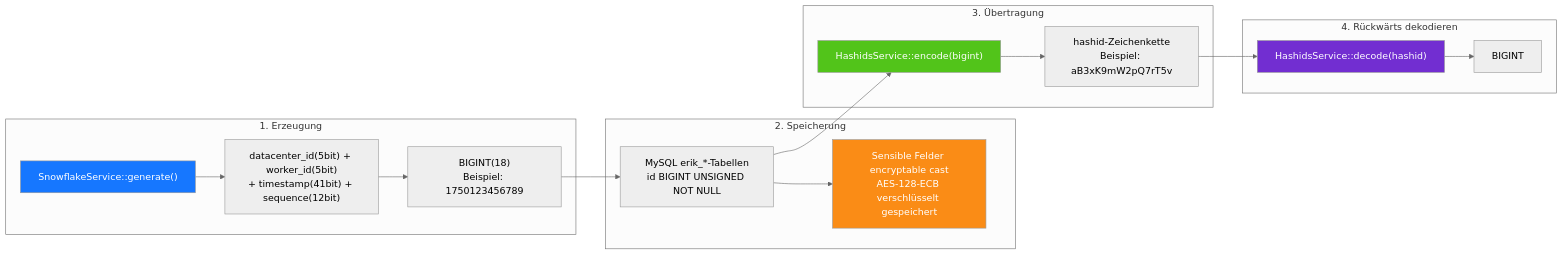
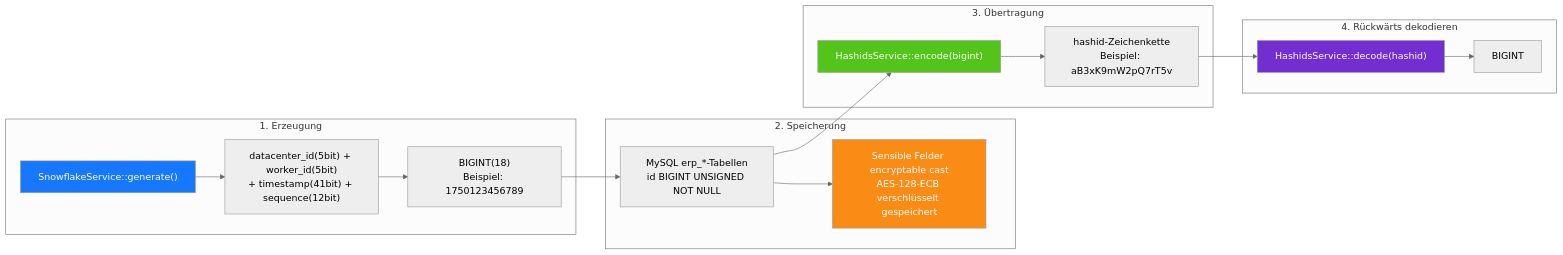
One commit to erikwang2013/erp-php changed the diagram in docs/i18n/de/diagrams/06-id-lifecycle.md. Above: the diagram before and after it, drawn with Mermaid (neutral theme). The commit also changed 449 other files, not shown here.

First line of the commit message:
全局命名统一：数据库 erp、表前缀 erp_、Redis 前缀 erp:（原 erik_/open_admin）

````diff
--- a/docs/i18n/de/diagrams/06-id-lifecycle.md
+++ b/docs/i18n/de/diagrams/06-id-lifecycle.md
@@ -3,32 +3,32 @@
 ```mermaid
 flowchart LR
     subgraph gen["1. Erzeugung"]
         g1["SnowflakeService::generate()"]
         g2["datacenter_id(5bit) + worker_id(5bit)<br/>+ timestamp(41bit) + sequence(12bit)"]
         g3["BIGINT(18)<br/>Beispiel: 1750123456789"]
         g1 --> g2 --> g3
     end
 
     subgraph store["2. Speicherung"]
-        s1["MySQL erik_*-Tabellen<br/>id BIGINT UNSIGNED NOT NULL"]
+        s1["MySQL erp_*-Tabellen<br/>id BIGINT UNSIGNED NOT NULL"]
         s2["Sensible Felder encryptable cast<br/>AES-128-ECB verschlüsselt gespeichert"]
         g3 --> s1 --> s2
     end
 
     subgraph transfer["3. Übertragung"]
         t1["HashidsService::encode(bigint)"]
         t2["hashid-Zeichenkette<br/>Beispiel: aB3xK9mW2pQ7rT5v"]
         s1 --> t1 --> t2
     end
 
     subgraph reverse["4. Rückwärts dekodieren"]
         r1["HashidsService::decode(hashid)"]
         r2["BIGINT"]
         t2 --> r1 --> r2
     end
 
     style g1 fill:#1677FF,color:#fff
     style s2 fill:#FA8C16,color:#fff
     style t1 fill:#52C41A,color:#fff
     style r1 fill:#722ED1,color:#fff
 ```
````
